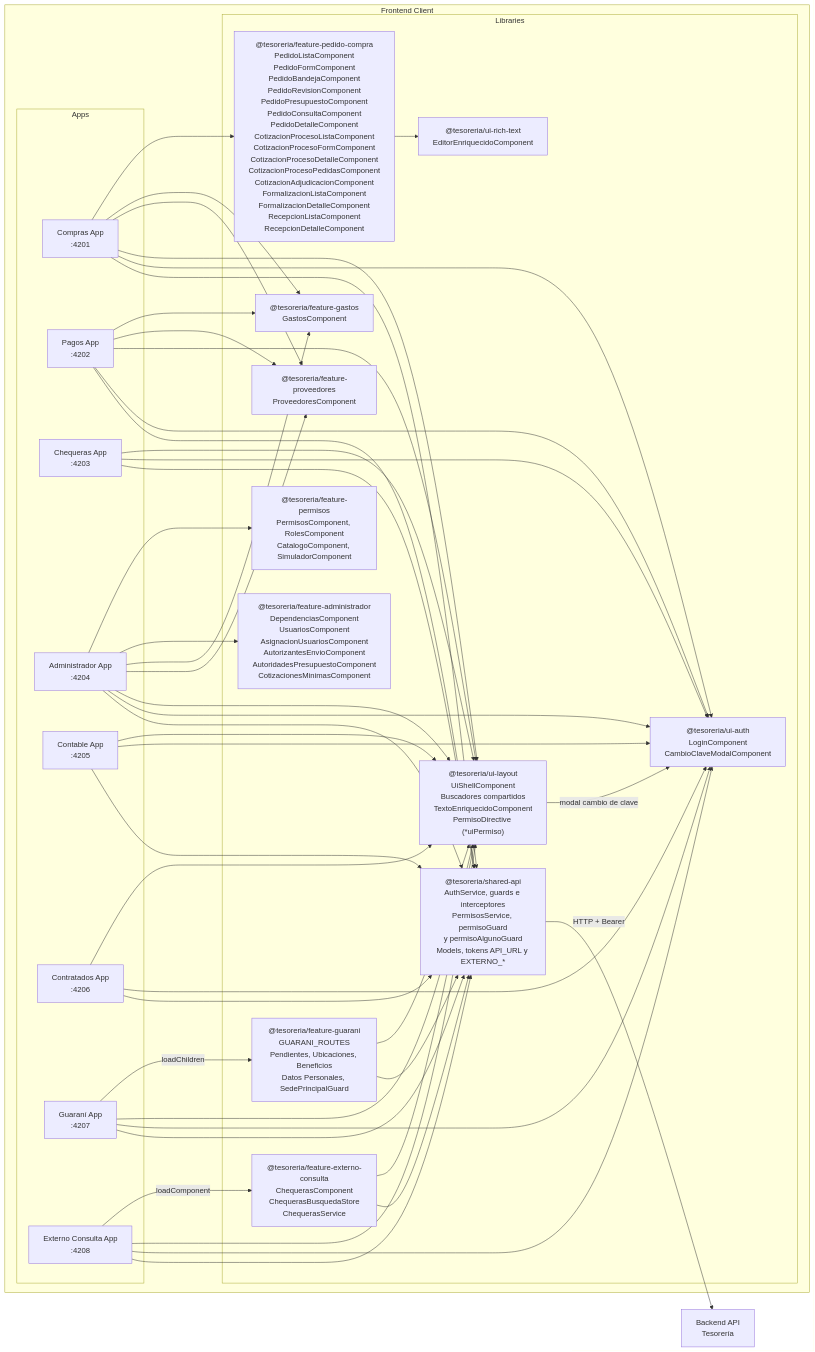
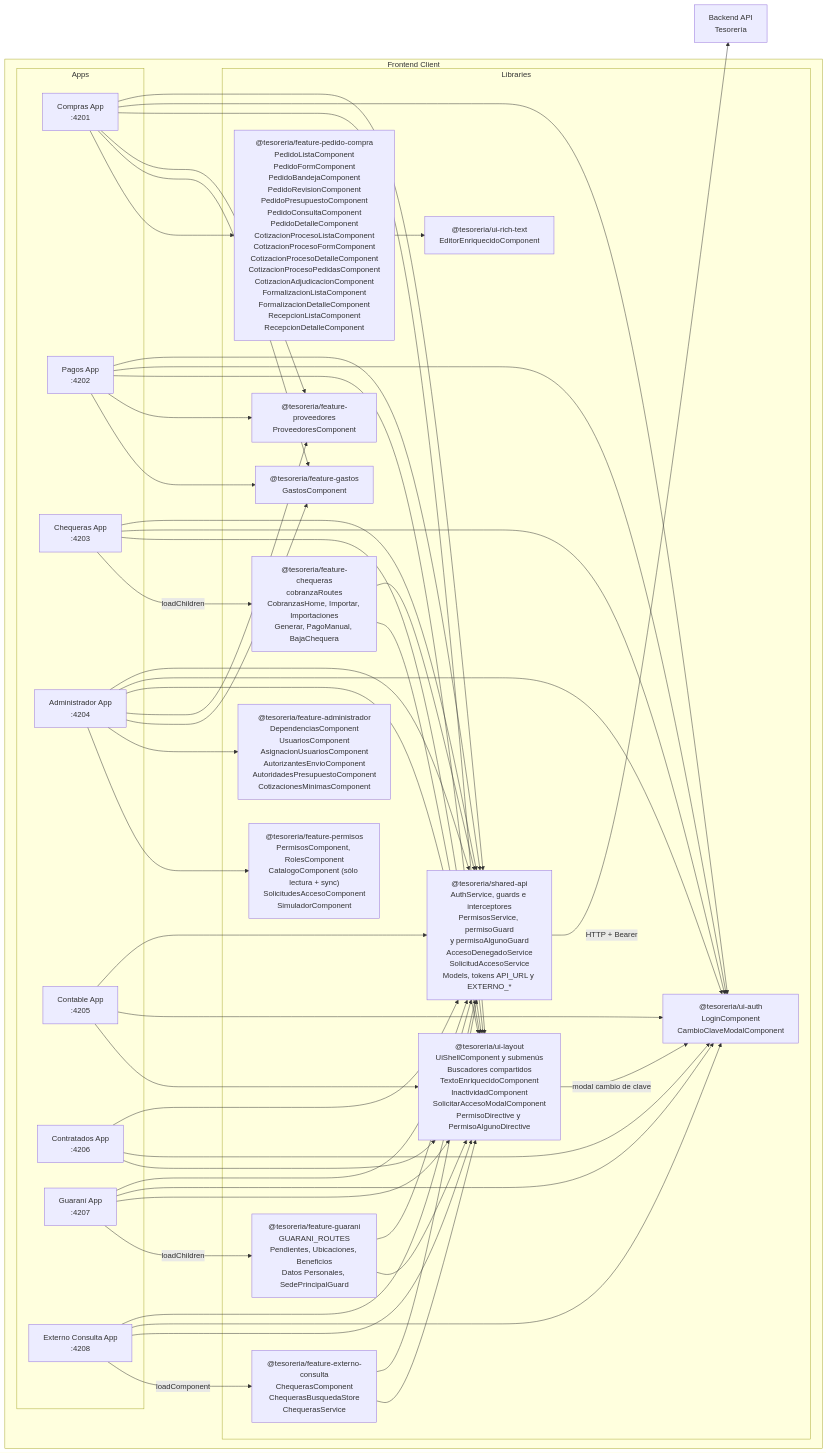
One commit to UM-services/UM.tesoreria.frontend-client changed the first of 8 diagrams in docs/architecture.md. Above: the diagram before and after it, drawn with Mermaid. The commit also changed other lines of this file and 81 other files, not shown here.

First line of the commit message:
feat(chequeras): agrega módulo Cobranzas

```diff
--- a/docs/architecture.md
+++ b/docs/architecture.md
@@ -17,17 +17,18 @@
         end
 
         subgraph "Libraries"
-            SharedAPI["@tesoreria/shared-api<br/>AuthService, guards e interceptores<br/>PermisosService, permisoGuard<br/>y permisoAlgunoGuard<br/>Models, tokens API_URL y EXTERNO_*"]
+            SharedAPI["@tesoreria/shared-api<br/>AuthService, guards e interceptores<br/>PermisosService, permisoGuard<br/>y permisoAlgunoGuard<br/>AccesoDenegadoService<br/>SolicitudAccesoService<br/>Models, tokens API_URL y EXTERNO_*"]
             UIAuth["@tesoreria/ui-auth<br/>LoginComponent<br/>CambioClaveModalComponent"]
-            UILayout["@tesoreria/ui-layout<br/>UiShellComponent<br/>Buscadores compartidos<br/>TextoEnriquecidoComponent<br/>PermisoDirective (*uiPermiso)"]
+            UILayout["@tesoreria/ui-layout<br/>UiShellComponent y submenús<br/>Buscadores compartidos<br/>TextoEnriquecidoComponent<br/>InactividadComponent<br/>SolicitarAccesoModalComponent<br/>PermisoDirective y PermisoAlgunoDirective"]
             UIRichText["@tesoreria/ui-rich-text<br/>EditorEnriquecidoComponent"]
             FeatureProveedores["@tesoreria/feature-proveedores<br/>ProveedoresComponent"]
             FeatureGastos["@tesoreria/feature-gastos<br/>GastosComponent"]
             FeaturePedidoCompra["@tesoreria/feature-pedido-compra<br/>PedidoListaComponent<br/>PedidoFormComponent<br/>PedidoBandejaComponent<br/>PedidoRevisionComponent<br/>PedidoPresupuestoComponent<br/>PedidoConsultaComponent<br/>PedidoDetalleComponent<br/>CotizacionProcesoListaComponent<br/>CotizacionProcesoFormComponent<br/>CotizacionProcesoDetalleComponent<br/>CotizacionProcesoPedidasComponent<br/>CotizacionAdjudicacionComponent<br/>FormalizacionListaComponent<br/>FormalizacionDetalleComponent<br/>RecepcionListaComponent<br/>RecepcionDetalleComponent"]
             FeatureAdministrador["@tesoreria/feature-administrador<br/>DependenciasComponent<br/>UsuariosComponent<br/>AsignacionUsuariosComponent<br/>AutorizantesEnvioComponent<br/>AutoridadesPresupuestoComponent<br/>CotizacionesMinimasComponent"]
-            FeaturePermisos["@tesoreria/feature-permisos<br/>PermisosComponent, RolesComponent<br/>CatalogoComponent, SimuladorComponent"]
+            FeaturePermisos["@tesoreria/feature-permisos<br/>PermisosComponent, RolesComponent<br/>CatalogoComponent (sólo lectura + sync)<br/>SolicitudesAccesoComponent<br/>SimuladorComponent"]
             FeatureGuarani["@tesoreria/feature-guarani<br/>GUARANI_ROUTES<br/>Pendientes, Ubicaciones, Beneficios<br/>Datos Personales, SedePrincipalGuard"]
             FeatureExterno["@tesoreria/feature-externo-consulta<br/>ChequerasComponent<br/>ChequerasBusquedaStore<br/>ChequerasService"]
+            FeatureChequeras["@tesoreria/feature-chequeras<br/>cobranzaRoutes<br/>CobranzasHome, Importar, Importaciones<br/>Generar, PagoManual, BajaChequera"]
         end
     end
 
@@ -47,6 +48,9 @@
     Chequeras --> SharedAPI
     Chequeras --> UIAuth
     Chequeras --> UILayout
+    Chequeras -->|"loadChildren"| FeatureChequeras
+    FeatureChequeras --> SharedAPI
+    FeatureChequeras --> UILayout
 
     Admin --> SharedAPI
     Admin --> UIAuth
```
